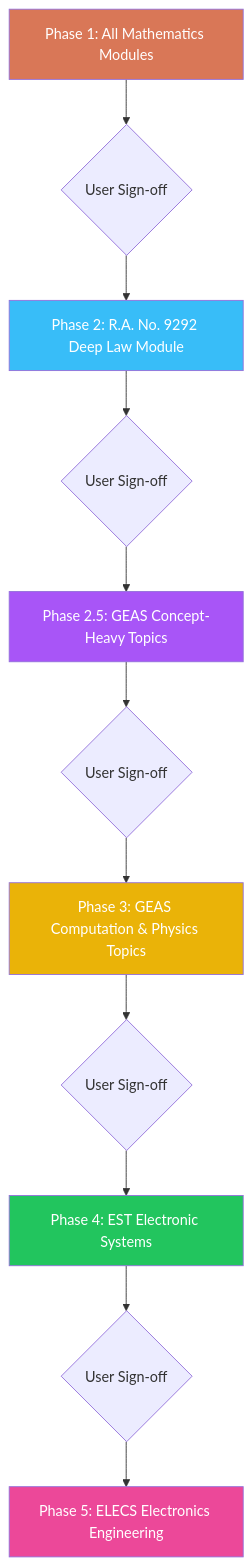
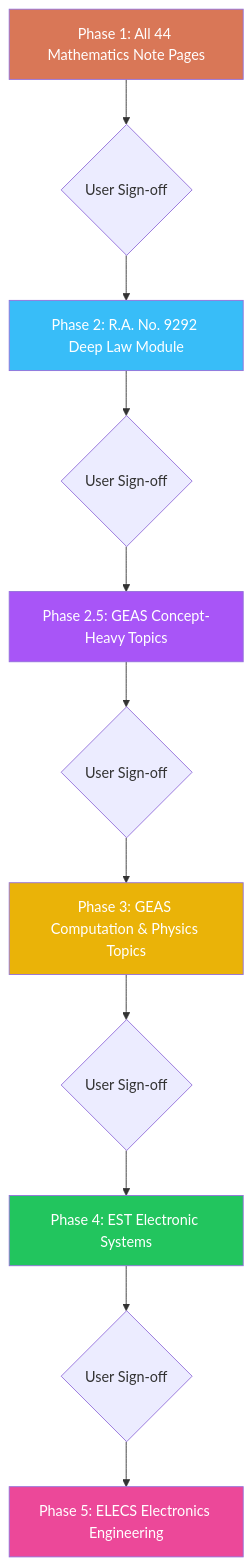
The diagram in test-sets/Reference Documents/modules-authoring-plan.md (Marni3/marnie_quiz), drawn with Mermaid before and after one commit. The commit also changed other lines of this file and 5 other files, not shown here.

````diff
--- a/test-sets/Reference Documents/modules-authoring-plan.md
+++ b/test-sets/Reference Documents/modules-authoring-plan.md
@@ -25,20 +32,20 @@
 ```mermaid
 graph TD
-    P1[Phase 1: All Mathematics Modules] --> G1{User Sign-off}
+    P1[Phase 1: All 44 Mathematics Note Pages] --> G1{User Sign-off}
     G1 --> P2[Phase 2: R.A. No. 9292 Deep Law Module]
     P2 --> G2{User Sign-off}
     G2 --> P25[Phase 2.5: GEAS Concept-Heavy Topics]
     P25 --> G3{User Sign-off}
     G3 --> P3[Phase 3: GEAS Computation & Physics Topics]
     P3 --> G4{User Sign-off}
     G4 --> P4[Phase 4: EST Electronic Systems]
     P4 --> G5{User Sign-off}
     G5 --> P5[Phase 5: ELECS Electronics Engineering]
     
     style P1 fill:#d97757,color:#fff
     style P2 fill:#38bdf8,color:#fff
     style P25 fill:#a855f7,color:#fff
     style P3 fill:#eab308,color:#fff
     style P4 fill:#22c55e,color:#fff
     style P5 fill:#ec4899,color:#fff
 ```
````
